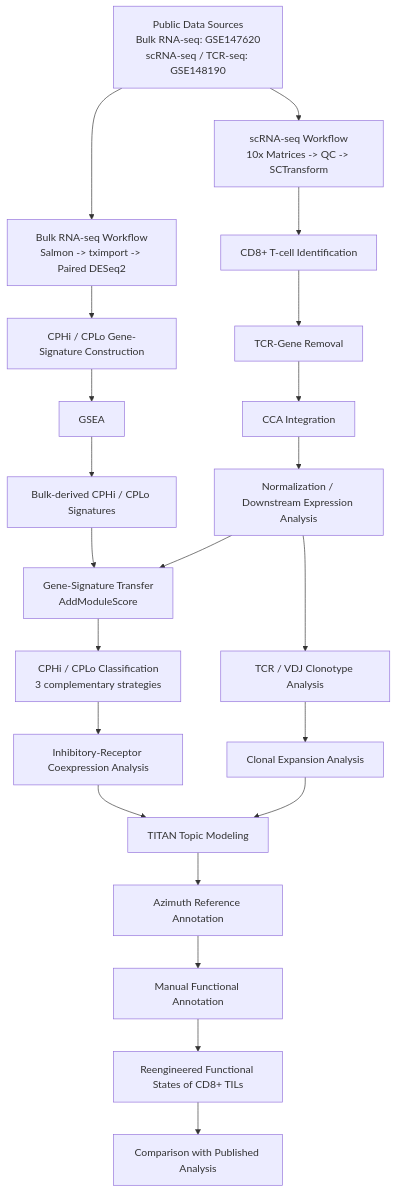
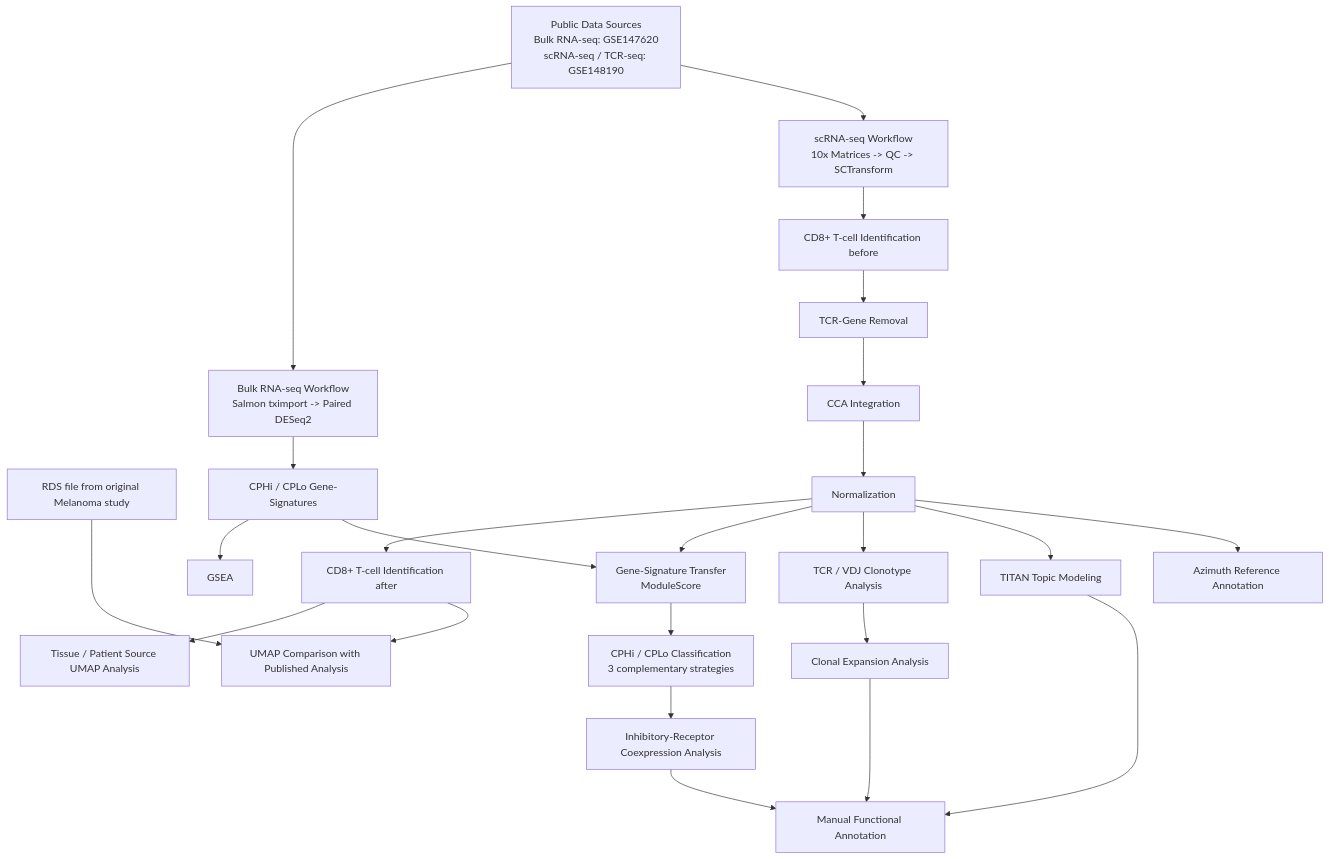
Before and after one commit to georgsommer-ai/Multi-Modal-CD8-T-cell-Heterogeneity-Analysis-in-Melanoma-Immunotherapy: the first of 3 diagrams in README.md, drawn with Mermaid.

````diff
--- a/README.md
+++ b/README.md
@@ -158,35 +158,39 @@
 ```mermaid
 flowchart TD
 
     A[Public Data Sources<br/>Bulk RNA-seq: GSE147620<br/>scRNA-seq / TCR-seq: GSE148190]
+    R[RDS file from original Melanoma study]
 
-    A --> B1[Bulk RNA-seq Workflow<br/>Salmon -> tximport -> Paired DESeq2]
-    B1 --> B2[CPHi / CPLo Gene-Signature Construction]
+    A --> B1[Bulk RNA-seq Workflow<br/>Salmon tximport -> Paired DESeq2]
+    B1 --> B2[CPHi / CPLo Gene-Signatures]
     B2 --> B3[GSEA]
-    B3 --> B4[Bulk-derived CPHi / CPLo Signatures]
 
     A --> C1[scRNA-seq Workflow<br/>10x Matrices -> QC -> SCTransform]
-    C1 --> C2[CD8+ T-cell Identification]
+    C1 --> C2[CD8+ T-cell Identification before]
     C2 --> C3[TCR-Gene Removal]
     C3 --> C4[CCA Integration]
-    C4 --> C5[Normalization / Downstream Expression Analysis]
+    C4 --> C5[Normalization]
+    C5 --> C6[CD8+ T-cell Identification after]
+    C6 --> C7[Tissue / Patient Source UMAP Analysis]
+    C6 --> C8[UMAP Comparison with Published Analysis]
+    R ---> C8
 
-    B4 --> D1[Gene-Signature Transfer<br/>AddModuleScore]
+    B2 --> D1[Gene-Signature Transfer<br/>ModuleScore]
     C5 --> D1
     D1 --> D2[CPHi / CPLo Classification<br/>3 complementary strategies]
     D2 --> D3[Inhibitory-Receptor Coexpression Analysis]
 
     C5 --> E1[TCR / VDJ Clonotype Analysis]
+    C5 --> F1[TITAN Topic Modeling]
+    C5 --> K1[Azimuth Reference Annotation]
+
     E1 --> E2[Clonal Expansion Analysis]
 
-    D3 --> F1[TITAN Topic Modeling]
-    E2 --> F1
-    F1 --> F2[Azimuth Reference Annotation]
-    F2 --> F3[Manual Functional Annotation]
+    F1 ~~~ E2
+    K1 ~~~ E2
 
-    F3 --> G[Reengineered Functional States of CD8+ TILs]
-    G --> H[Comparison with Published Analysis]
-
-
+    F1 --> G[Manual Functional Annotation]
+    E2 --> G
+    D3 --> G
 
 ```
````
